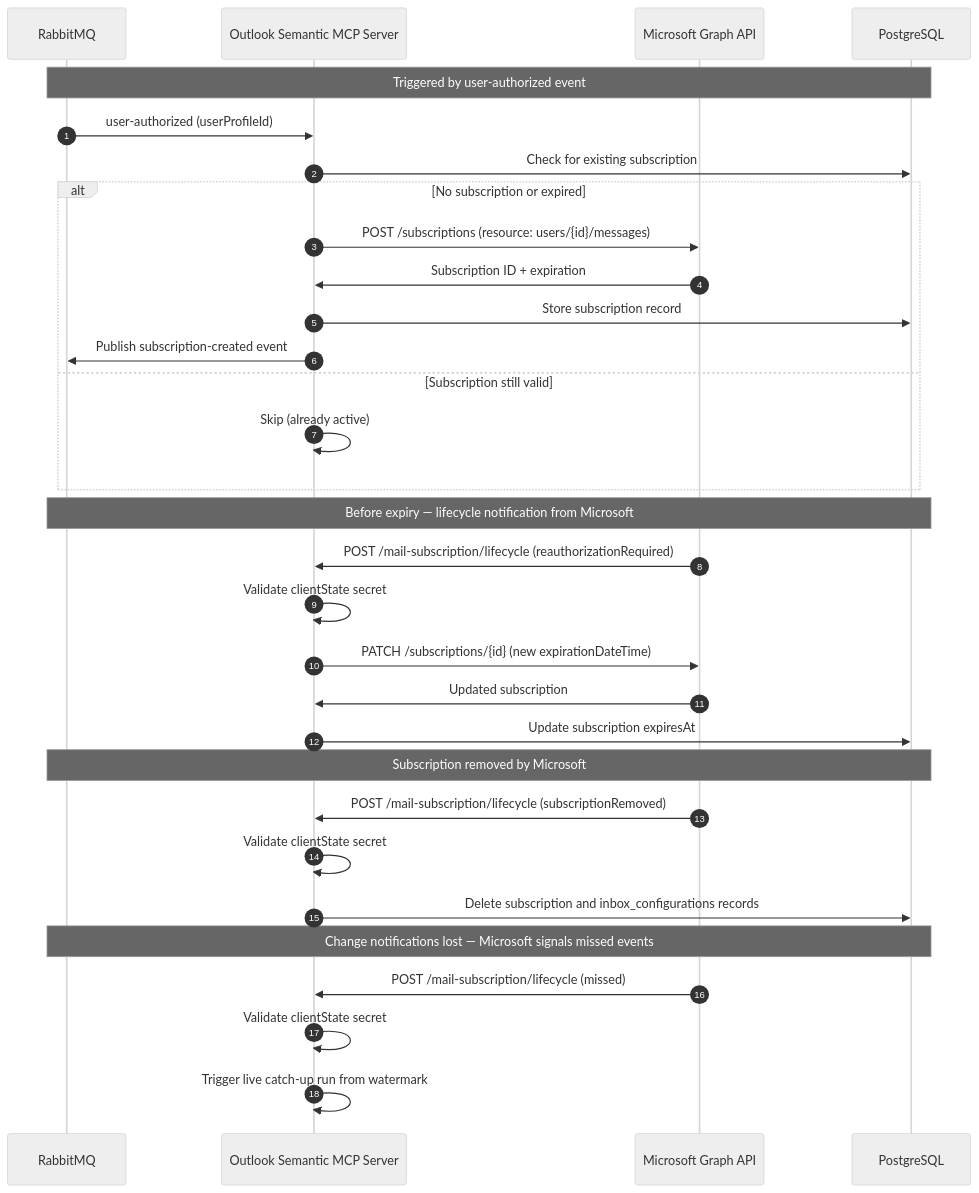
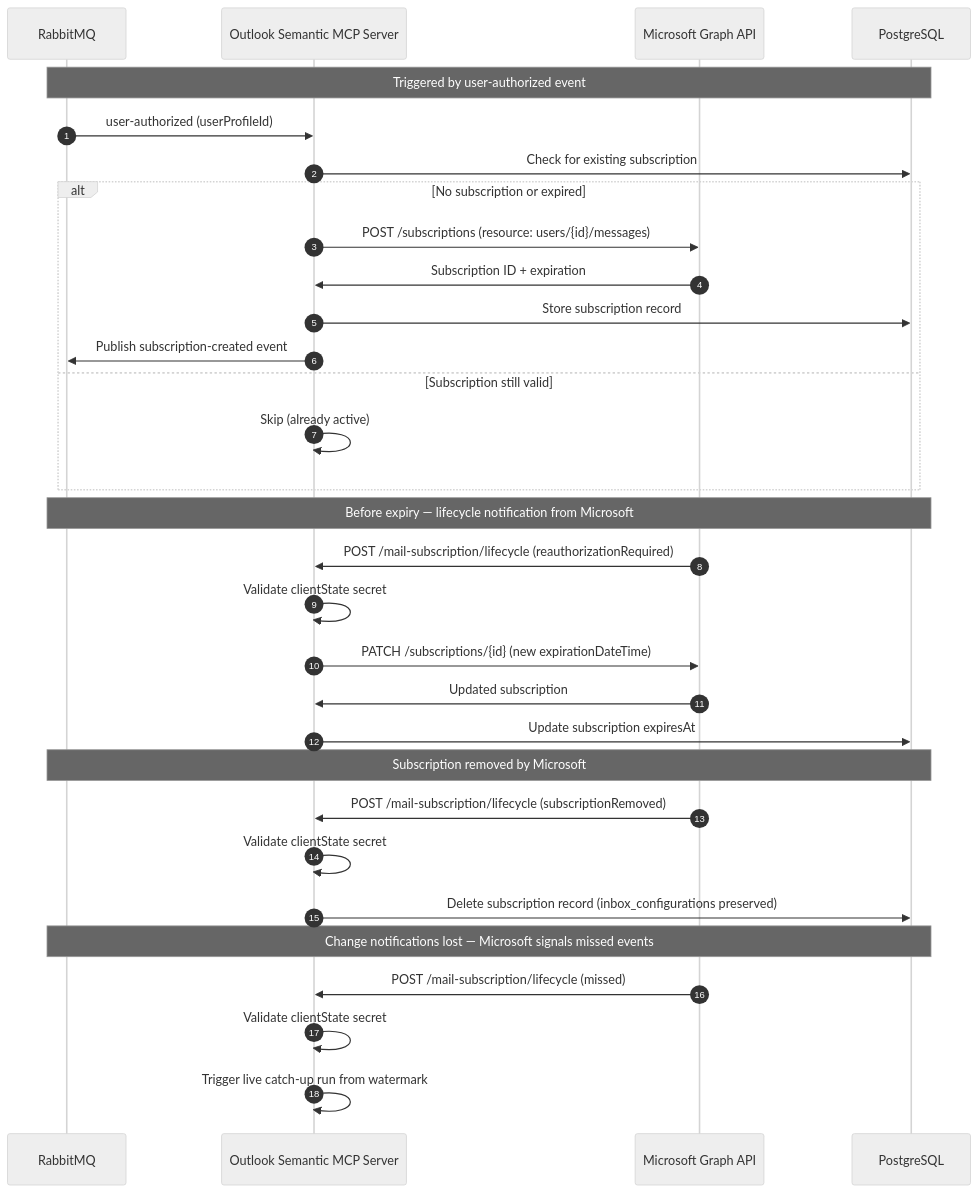
The third of 5 diagrams in services/outlook-semantic-mcp/docs/technical/flows.md (Unique-AG/connectors), drawn with Mermaid before and after one commit. The commit also changed other lines of this file and 12 other files, not shown here.

Commit message:
docs(outlook-semantic-mcp): un-19962 update outlook mcp docs (#523)

````diff
--- a/services/outlook-semantic-mcp/docs/technical/flows.md
+++ b/services/outlook-semantic-mcp/docs/technical/flows.md
@@ -80,38 +80,38 @@
 ```mermaid
 %%{init: {'theme': 'neutral', 'themeVariables': { 'fontSize': '14px' }}}%%
 sequenceDiagram
     autonumber
     participant AMQP as RabbitMQ
     participant OutlookMCP as Outlook Semantic MCP Server
     participant MSGraph as Microsoft Graph API
     participant DB as PostgreSQL
 
     Note over AMQP,DB: Triggered by user-authorized event
     AMQP->>OutlookMCP: user-authorized (userProfileId)
     OutlookMCP->>DB: Check for existing subscription
     alt No subscription or expired
         OutlookMCP->>MSGraph: POST /subscriptions (resource: users/{id}/messages)
         MSGraph->>OutlookMCP: Subscription ID + expiration
         OutlookMCP->>DB: Store subscription record
         OutlookMCP->>AMQP: Publish subscription-created event
     else Subscription still valid
         OutlookMCP->>OutlookMCP: Skip (already active)
     end
 
     Note over AMQP,DB: Before expiry — lifecycle notification from Microsoft
     MSGraph->>OutlookMCP: POST /mail-subscription/lifecycle (reauthorizationRequired)
     OutlookMCP->>OutlookMCP: Validate clientState secret
     OutlookMCP->>MSGraph: PATCH /subscriptions/{id} (new expirationDateTime)
     MSGraph->>OutlookMCP: Updated subscription
     OutlookMCP->>DB: Update subscription expiresAt
 
     Note over AMQP,DB: Subscription removed by Microsoft
     MSGraph->>OutlookMCP: POST /mail-subscription/lifecycle (subscriptionRemoved)
     OutlookMCP->>OutlookMCP: Validate clientState secret
-    OutlookMCP->>DB: Delete subscription and inbox_configurations records
+    OutlookMCP->>DB: Delete subscription record (inbox_configurations preserved)
 
     Note over AMQP,DB: Change notifications lost — Microsoft signals missed events
     MSGraph->>OutlookMCP: POST /mail-subscription/lifecycle (missed)
     OutlookMCP->>OutlookMCP: Validate clientState secret
     OutlookMCP->>OutlookMCP: Trigger live catch-up run from watermark
 ```
````
